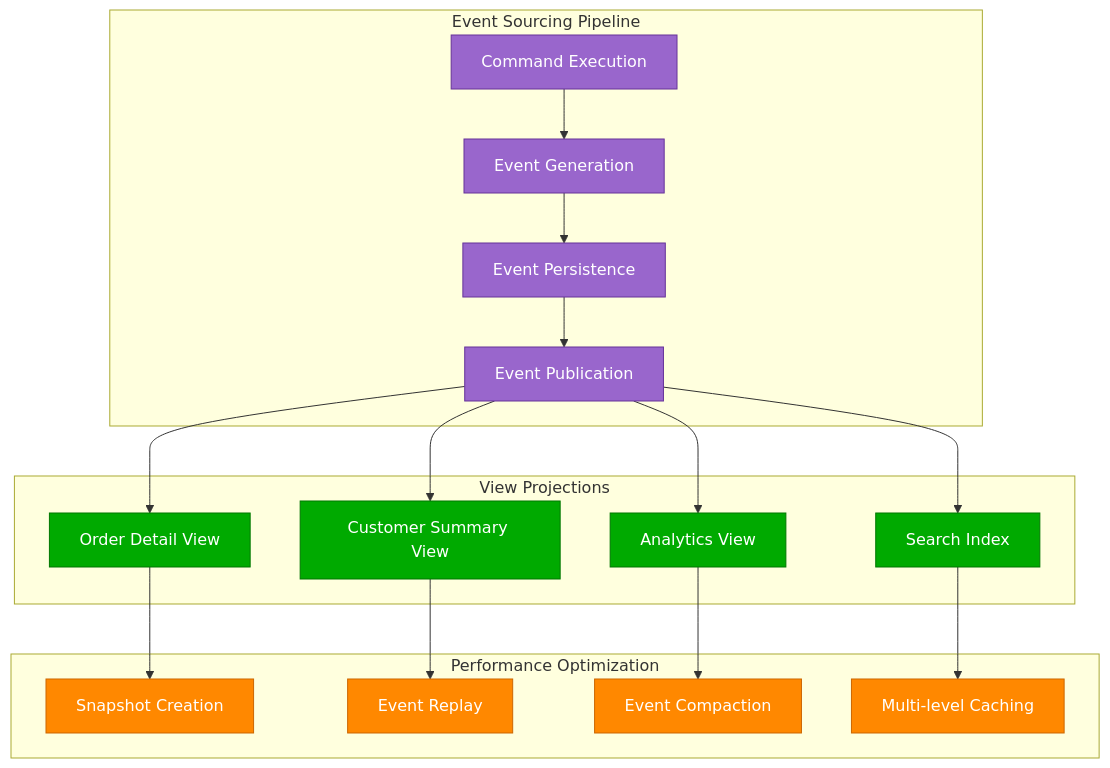
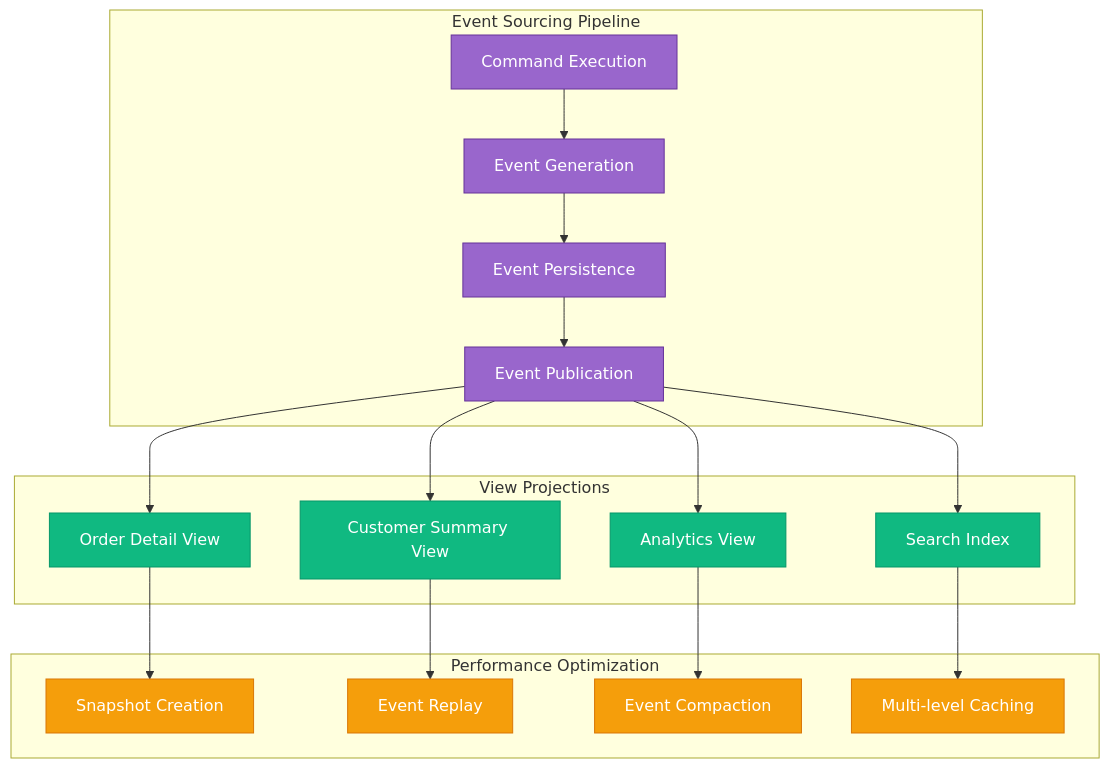
The eighth of 14 diagrams in site/docs/examples/implementation.md (deepaucksharma/DS), drawn with Mermaid before and after one commit. The commit also changed other lines of this file and 303 other files, not shown here.

````diff
--- a/site/docs/examples/implementation.md
+++ b/site/docs/examples/implementation.md
@@ -348,45 +348,45 @@
 ```mermaid
 graph TB
     subgraph EventSourcing[Event Sourcing Pipeline]
         COMMAND[Command Execution]
         EVENT_GEN[Event Generation]
         EVENT_PERSIST[Event Persistence]
         EVENT_PUBLISH[Event Publication]
     end
 
     subgraph Projections[View Projections]
         ORDER_VIEW[Order Detail View]
         CUSTOMER_VIEW[Customer Summary View]
         ANALYTICS_VIEW[Analytics View]
         SEARCH_INDEX[Search Index]
     end
 
     subgraph Optimization[Performance Optimization]
         SNAPSHOT[Snapshot Creation]
         REPLAY[Event Replay]
         COMPACTION[Event Compaction]
         CACHING[Multi-level Caching]
     end
 
     COMMAND --> EVENT_GEN
     EVENT_GEN --> EVENT_PERSIST
     EVENT_PERSIST --> EVENT_PUBLISH
 
     EVENT_PUBLISH --> ORDER_VIEW
     EVENT_PUBLISH --> CUSTOMER_VIEW
     EVENT_PUBLISH --> ANALYTICS_VIEW
     EVENT_PUBLISH --> SEARCH_INDEX
 
     ORDER_VIEW --> SNAPSHOT
     CUSTOMER_VIEW --> REPLAY
     ANALYTICS_VIEW --> COMPACTION
     SEARCH_INDEX --> CACHING
 
     classDef eventStyle fill:#9966CC,stroke:#663399,color:#fff
-    classDef projectionStyle fill:#00AA00,stroke:#007700,color:#fff
-    classDef optimizeStyle fill:#FF8800,stroke:#CC6600,color:#fff
+    classDef projectionStyle fill:#10B981,stroke:#059669,color:#fff
+    classDef optimizeStyle fill:#F59E0B,stroke:#D97706,color:#fff
 
     class COMMAND,EVENT_GEN,EVENT_PERSIST,EVENT_PUBLISH eventStyle
     class ORDER_VIEW,CUSTOMER_VIEW,ANALYTICS_VIEW,SEARCH_INDEX projectionStyle
     class SNAPSHOT,REPLAY,COMPACTION,CACHING optimizeStyle
 ```
````
